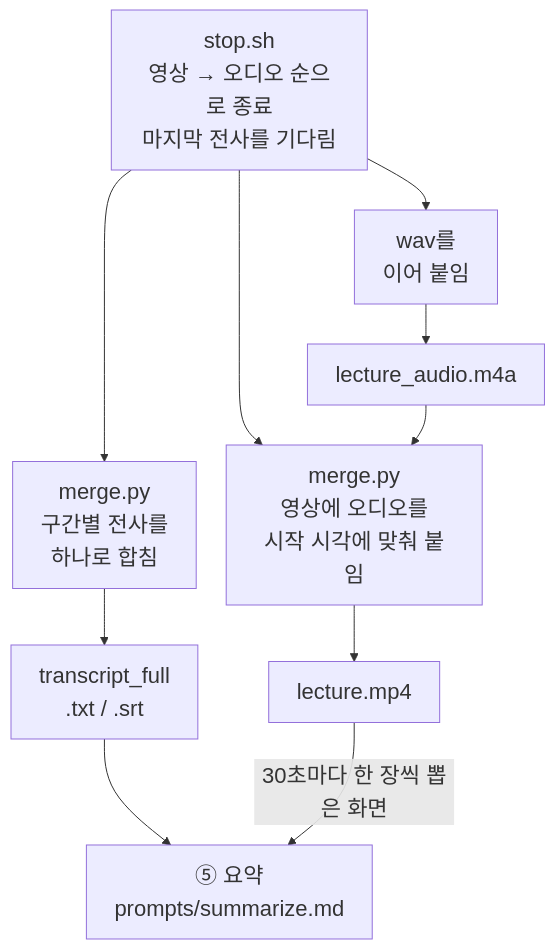
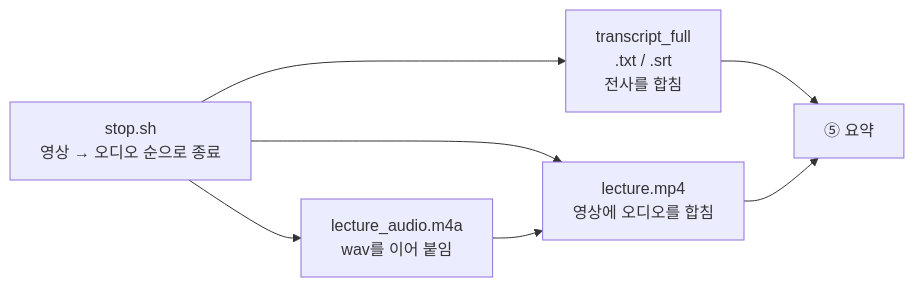
Before and after one commit to sbigstar0310/daegyu-plugins: the second of 3 diagrams in lecture-capture/README.md, drawn with Mermaid. The commit also changed other lines of this file, not shown here.

First line of the commit message:
lecture-capture README: shrink the Mermaid diagrams (#31)

````diff
--- a/lecture-capture/README.md
+++ b/lecture-capture/README.md
@@ -84,11 +59,10 @@
 ```mermaid
-%%{init: {"themeVariables": {"fontSize": "22px"}, "flowchart": {"nodeSpacing": 30, "rankSpacing": 40, "padding": 14}}}%%
-flowchart TB
-    S["stop.sh<br/>영상 → 오디오 순으로 종료<br/>마지막 전사를 기다림"]
-    S --> M1["wav를<br/>이어 붙임"] --> O1["lecture_audio.m4a"]
-    S --> M2["merge.py<br/>구간별 전사를<br/>하나로 합침"] --> O2["transcript_full<br/>.txt / .srt"]
-    S --> M3["merge.py<br/>영상에 오디오를<br/>시작 시각에 맞춰 붙임"] --> O3["lecture.mp4"]
-    O1 --> M3
-    O2 --> R["⑤ 요약<br/>prompts/summarize.md"]
-    O3 -->|"30초마다 한 장씩 뽑은 화면"| R
+flowchart LR
+    S["stop.sh<br/>영상 → 오디오 순으로 종료"]
+    S --> O1["lecture_audio.m4a<br/>wav를 이어 붙임"]
+    S --> O2["transcript_full<br/>.txt / .srt<br/>전사를 합침"]
+    S --> O3["lecture.mp4<br/>영상에 오디오를 합침"]
+    O1 --> O3
+    O2 --> R["⑤ 요약"]
+    O3 --> R
 ```
````
